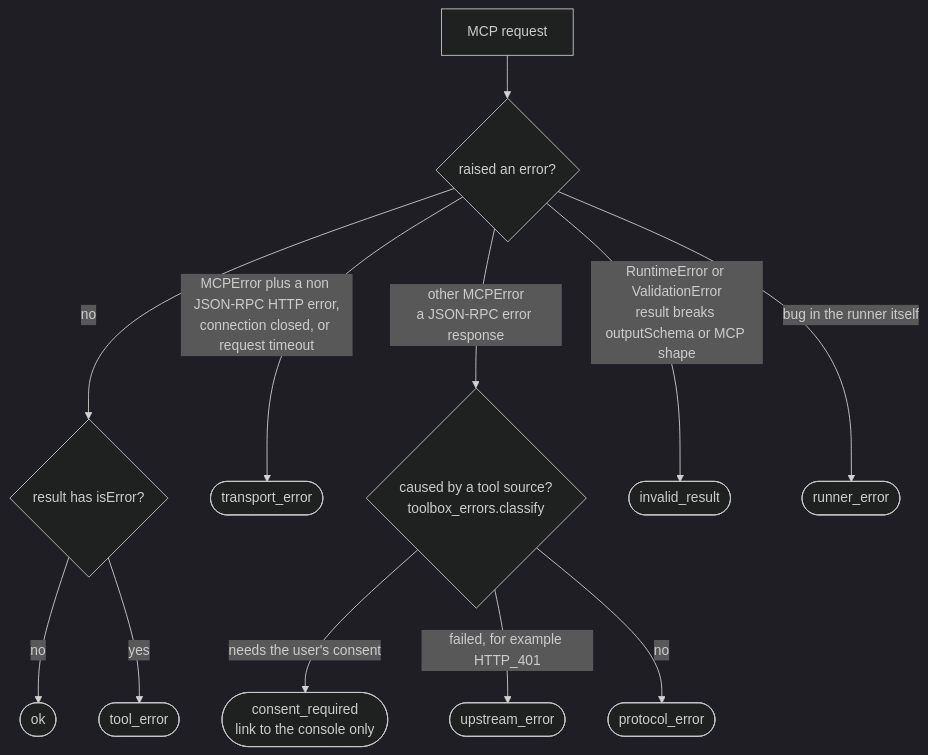
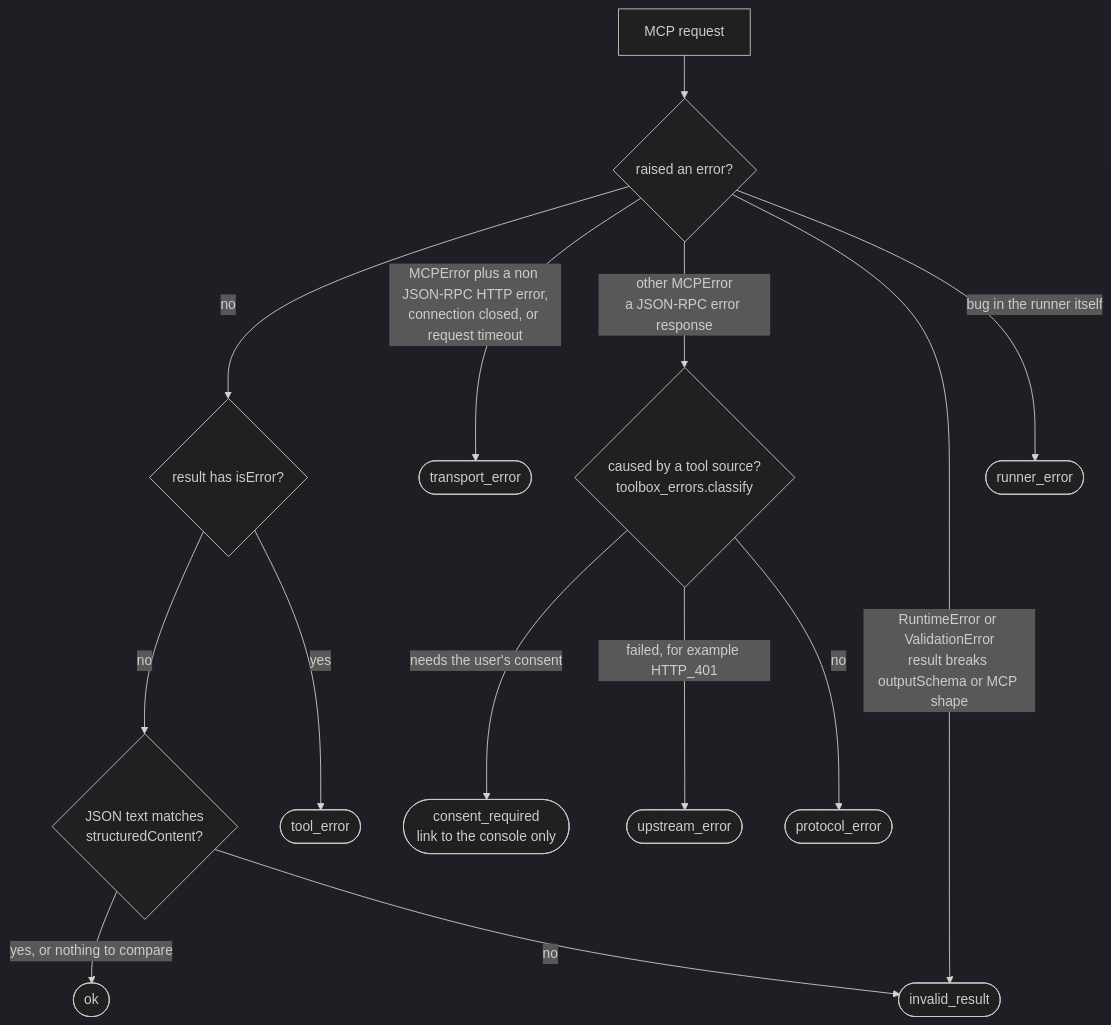
One commit to bradrlaw/foundryToolboxEval changed the seventh of 17 diagrams in docs/architecture.md. Above: the diagram before and after it, drawn with Mermaid (dark theme). The commit also changed other lines of this file and 18 other files, not shown here.

First line of the commit message:
Sample tools: typed outputs with outputSchema; runner checks structured content

````diff
--- a/docs/architecture.md
+++ b/docs/architecture.md
@@ -387,14 +388,16 @@
 ```mermaid
 flowchart TD
     req["MCP request"] --> raised{"raised an error?"}
     raised -->|"no"| iserr{"result has isError?"}
-    iserr -->|"no"| ok(["ok"])
+    iserr -->|"no"| agree{"JSON text matches<br/>structuredContent?"}
+    agree -->|"yes, or nothing to compare"| ok(["ok"])
     iserr -->|"yes"| toolerr(["tool_error"])
     raised -->|"MCPError plus a non JSON-RPC HTTP error,<br/>connection closed, or request timeout"| transport(["transport_error"])
     raised -->|"other MCPError<br/>a JSON-RPC error response"| source{"caused by a tool source?<br/>toolbox_errors.classify"}
     source -->|"needs the user's consent"| consent(["consent_required<br/>link to the console only"])
     source -->|"failed, for example HTTP_401"| upstream(["upstream_error"])
     source -->|"no"| protocol(["protocol_error"])
     raised -->|"RuntimeError or ValidationError<br/>result breaks outputSchema or MCP shape"| invalid(["invalid_result"])
+    agree -->|"no"| invalid
     raised -->|"bug in the runner itself"| runner(["runner_error"])
 ```
````
